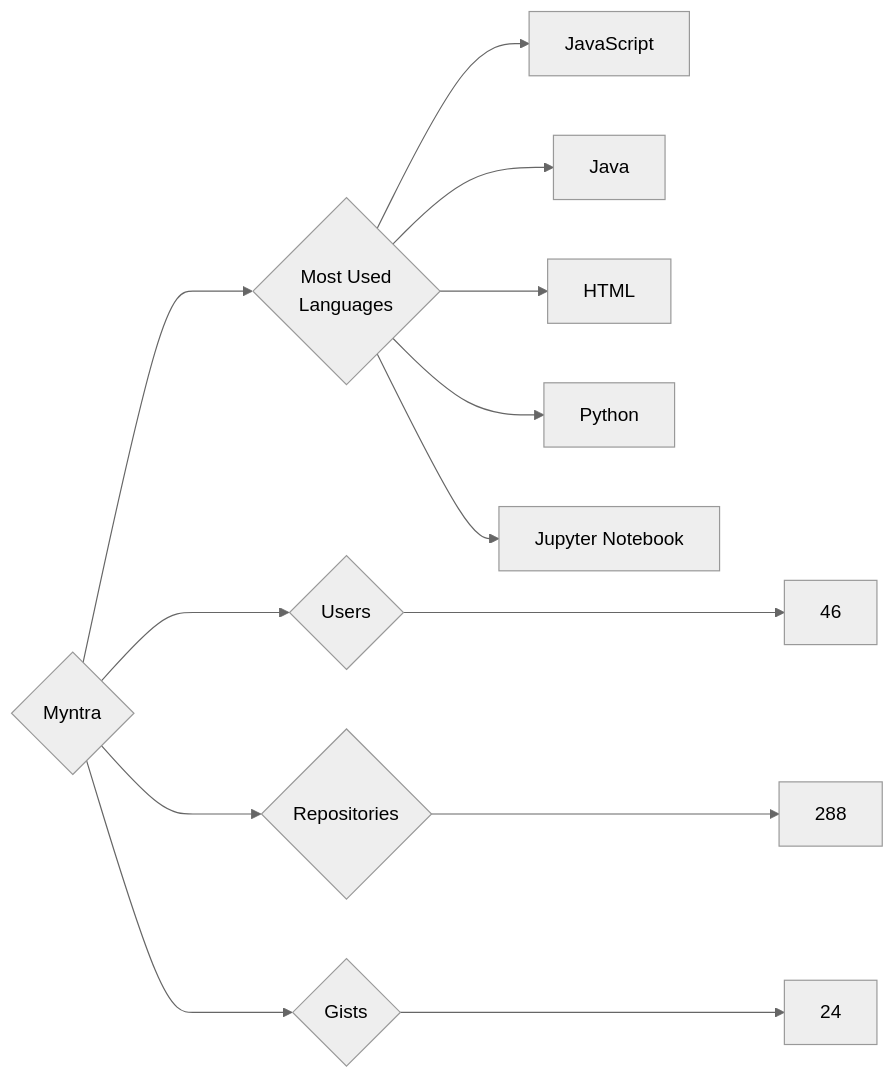
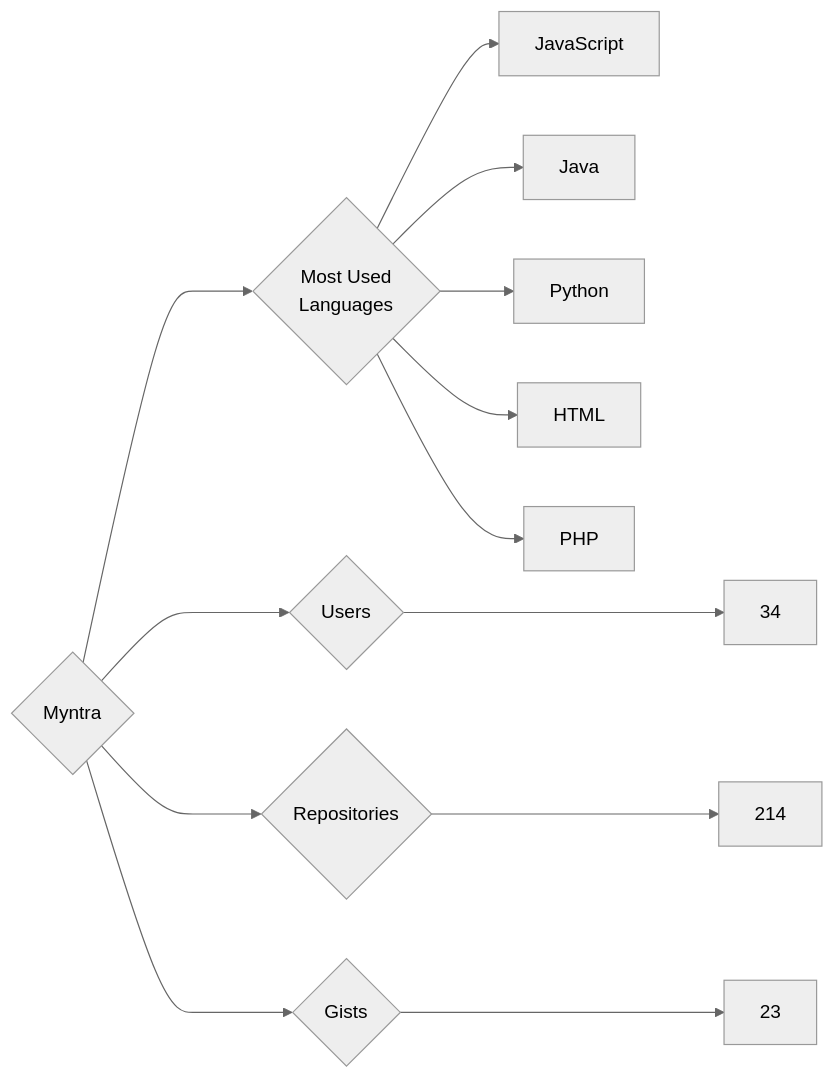
One commit to trickest/insiders changed the diagram in targets/Myntra/README.md. Above: the diagram before and after it, drawn with Mermaid (neutral theme). The commit also changed 928 other files, not shown here.

````diff
--- a/targets/Myntra/README.md
+++ b/targets/Myntra/README.md
@@ -3,13 +3,13 @@
 ```mermaid
 graph LR
 COMPANY_NAME{Myntra}
-COMPANY_NAME ---> U{Users} ---> UN[46]
-COMPANY_NAME ---> R{Repositories} ---> RN[288]
-COMPANY_NAME ---> G{Gists} ---> GN[24]
+COMPANY_NAME ---> U{Users} ---> UN[34]
+COMPANY_NAME ---> R{Repositories} ---> RN[214]
+COMPANY_NAME ---> G{Gists} ---> GN[23]
 COMPANY_NAME ---> ML{Most Used<br>Languages}
 ML --> JavaScript[JavaScript]
 ML --> Java[Java]
+ML --> Python[Python]
 ML --> HTML[HTML]
-ML --> Python[Python]
-ML --> Jupyter_Notebook[Jupyter Notebook]
+ML --> PHP[PHP]
 ```
````
